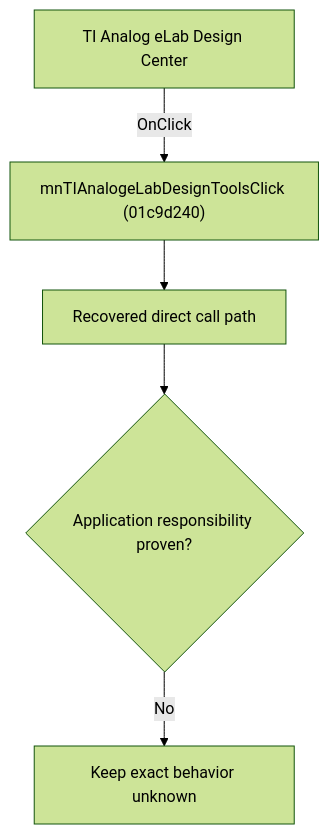
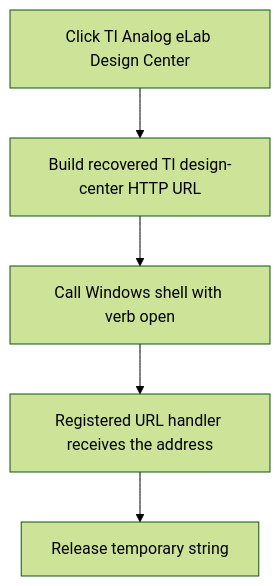
Before and after one commit to MovGP0/TIARA: the diagram in docs/ui-controls/schematiceditor/mntianalogelabdesigntools-854d29b427.md, drawn with Mermaid (forest theme). The commit also changed other lines of this file and 241 other files, not shown here.

````diff
--- a/docs/ui-controls/schematiceditor/mntianalogelabdesigntools-854d29b427.md
+++ b/docs/ui-controls/schematiceditor/mntianalogelabdesigntools-854d29b427.md
@@ -27,7 +29,7 @@
 ```mermaid
 flowchart TD
-    control["TI Analog eLab Design Center"] -->|"OnClick"| handler["mnTIAnalogeLabDesignToolsClick (01c9d240)"]
-    handler --> recovered["Recovered direct call path"]
-    recovered --> gap{"Application responsibility proven?"}
-    gap -->|"No"| blocked["Keep exact behavior unknown"]
+    control["Click TI Analog eLab Design Center"] --> url["Build recovered TI design-center HTTP URL"]
+    url --> shell["Call Windows shell with verb open"]
+    shell --> browser["Registered URL handler receives the address"]
+    browser --> finish["Release temporary string"]
 ```
````
